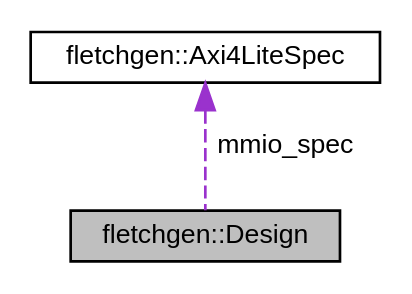
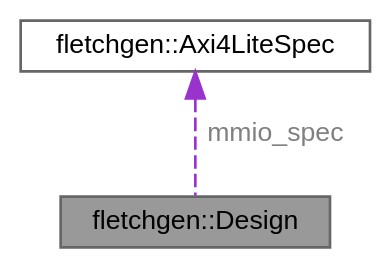
One commit to abs-tudelft/fletcher changed the diagram in api/fletchgen/structfletchgen_1_1_design__coll__graph.dot. Above: the diagram before and after it, drawn with Graphviz. The commit also changed 621 other files, not shown here.

```diff
--- a/api/fletchgen/structfletchgen_1_1_design__coll__graph.dot
+++ b/api/fletchgen/structfletchgen_1_1_design__coll__graph.dot
@@ -1,9 +1,10 @@
 digraph "fletchgen::Design"
 {
  // LATEX_PDF_SIZE
-  edge [fontname="Helvetica",fontsize="10",labelfontname="Helvetica",labelfontsize="10"];
-  node [fontname="Helvetica",fontsize="10",shape=record];
-  Node1 [label="fletchgen::Design",height=0.2,width=0.4,color="black", fillcolor="grey75", style="filled", fontcolor="black",tooltip="A structure for all components in a Fletcher design."];
-  Node2 -> Node1 [dir="back",color="darkorchid3",fontsize="10",style="dashed",label=" mmio_spec" ,fontname="Helvetica"];
-  Node2 [label="fletchgen::Axi4LiteSpec",height=0.2,width=0.4,color="black", fillcolor="white", style="filled",URL="$structfletchgen_1_1_axi4_lite_spec.html",tooltip="AXI4-lite bus specification."];
+  bgcolor="transparent";
+  edge [fontname=Helvetica,fontsize=10,labelfontname=Helvetica,labelfontsize=10];
+  node [fontname=Helvetica,fontsize=10,shape=box,height=0.2,width=0.4];
+  Node1 [id="Node000001",label="fletchgen::Design",height=0.2,width=0.4,color="gray40", fillcolor="grey60", style="filled", fontcolor="black",tooltip="A structure for all components in a Fletcher design."];
+  Node2 -> Node1 [id="edge1_Node000001_Node000002",dir="back",color="darkorchid3",style="dashed",tooltip=" ",label=" mmio_spec",fontcolor="grey" ];
+  Node2 [id="Node000002",label="fletchgen::Axi4LiteSpec",height=0.2,width=0.4,color="gray40", fillcolor="white", style="filled",URL="$structfletchgen_1_1_axi4_lite_spec.html",tooltip="AXI4-lite bus specification."];
 }
```
